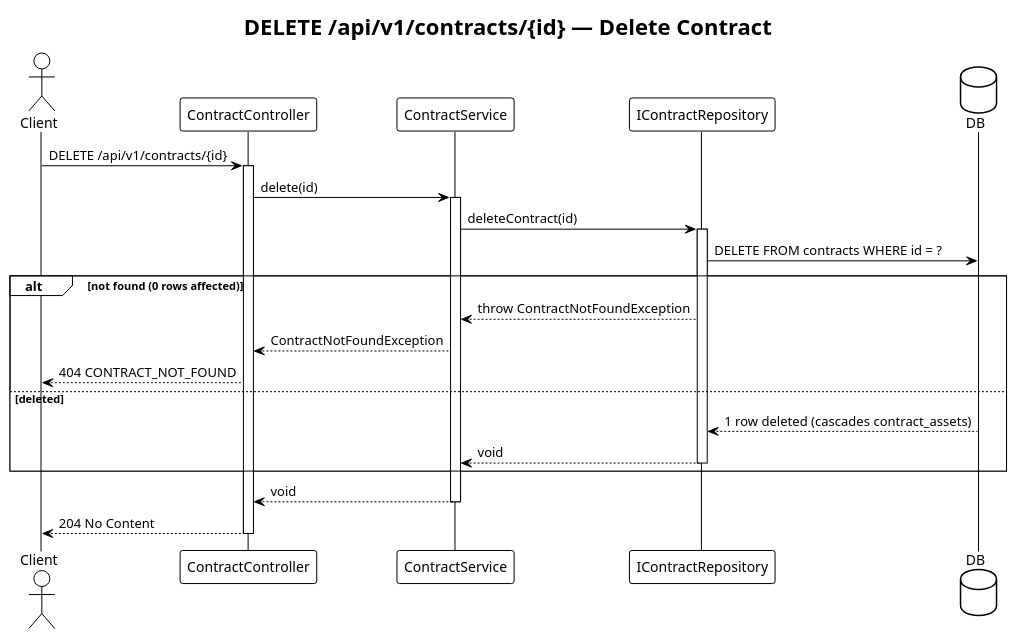
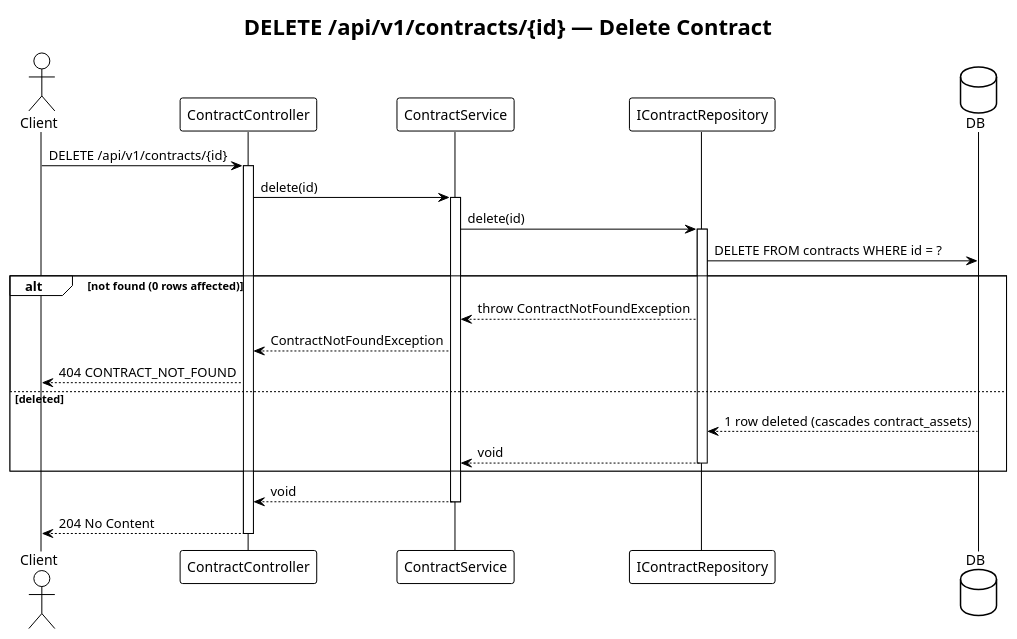
One commit to blumlill/asset-register changed the diagram in docs/sequences/delete-contract.puml. Above: the diagram before and after it, drawn with PlantUML. The commit also changed 39 other files, not shown here.

```diff
--- a/docs/sequences/delete-contract.puml
+++ b/docs/sequences/delete-contract.puml
@@ -1,34 +1,34 @@
 @startuml delete-contract
 !theme plain
 title DELETE /api/v1/contracts/{id} — Delete Contract
 
 actor Client
 participant "ContractController" as Controller
 participant "ContractService" as Service
 participant "IContractRepository" as IRepo
 database DB
 
 Client -> Controller : DELETE /api/v1/contracts/{id}
 activate Controller
 Controller -> Service : delete(id)
 activate Service
 
-Service -> IRepo : deleteContract(id)
+Service -> IRepo : delete(id)
 activate IRepo
 IRepo -> DB : DELETE FROM contracts WHERE id = ?
 
 alt not found (0 rows affected)
     IRepo --> Service : throw ContractNotFoundException
     Service --> Controller : ContractNotFoundException
     Controller --> Client : 404 CONTRACT_NOT_FOUND
 else deleted
     DB --> IRepo : 1 row deleted (cascades contract_assets)
     IRepo --> Service : void
     deactivate IRepo
 end
 
 Service --> Controller : void
 deactivate Service
 Controller --> Client : 204 No Content
 deactivate Controller
 @enduml
```
